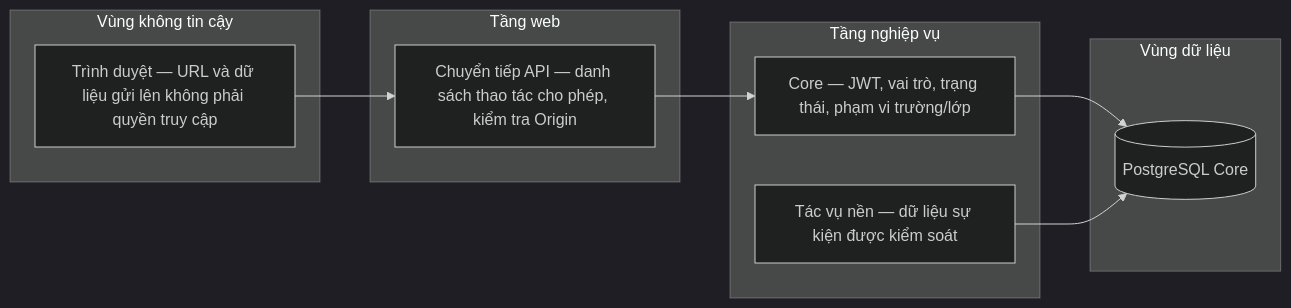
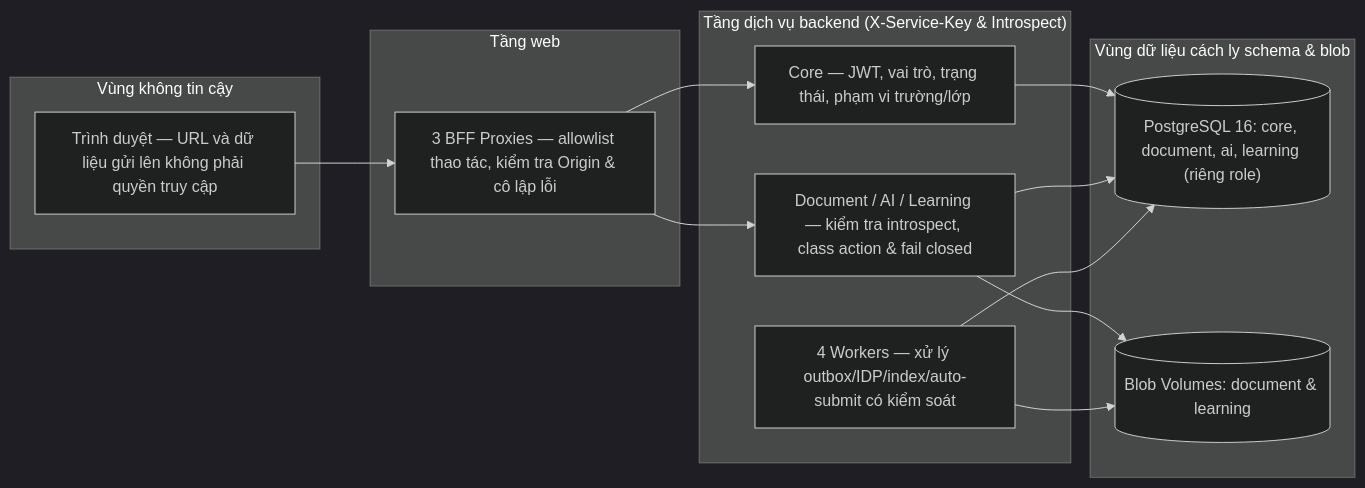
One commit to quantd0106/DATN changed the diagram in docs/architect/lumi-design/diagrams_arch/A09_Trust_Boundaries.mmd. Above: the diagram before and after it, drawn with Mermaid (dark theme). The commit also changed 107 other files, not shown here.

Commit message:
update docs for learning, documents, ai service

```diff
--- a/docs/architect/lumi-design/diagrams_arch/A09_Trust_Boundaries.mmd
+++ b/docs/architect/lumi-design/diagrams_arch/A09_Trust_Boundaries.mmd
@@ -1,16 +1,19 @@
 flowchart LR
   subgraph U["Vùng không tin cậy"]
     B["Trình duyệt — URL và dữ liệu gửi lên không phải quyền truy cập"]
   end
   subgraph W["Tầng web"]
-    P["Chuyển tiếp API — danh sách thao tác cho phép, kiểm tra Origin"]
+    P["3 BFF Proxies — allowlist thao tác, kiểm tra Origin & cô lập lỗi"]
   end
-  subgraph C["Tầng nghiệp vụ"]
+  subgraph C["Tầng dịch vụ backend (X-Service-Key & Introspect)"]
     A["Core — JWT, vai trò, trạng thái, phạm vi trường/lớp"]
-    K["Tác vụ nền — dữ liệu sự kiện được kiểm soát"]
+    S["Document / AI / Learning — kiểm tra introspect, class action & fail closed"]
+    K["4 Workers — xử lý outbox/IDP/index/auto-submit có kiểm soát"]
   end
-  subgraph D["Vùng dữ liệu"]
-    DB[("PostgreSQL Core")]
+  subgraph D["Vùng dữ liệu cách ly schema & blob"]
+    DB[("PostgreSQL 16: core, document, ai, learning (riêng role)")]
+    BS[("Blob Volumes: document & learning")]
   end
-  B --> P --> A --> DB
-  K --> DB
+  B --> P --> A & S --> DB
+  S --> BS
+  K --> DB & BS
```
